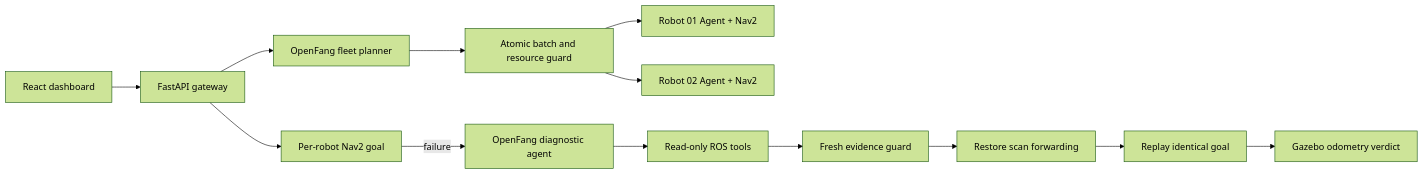
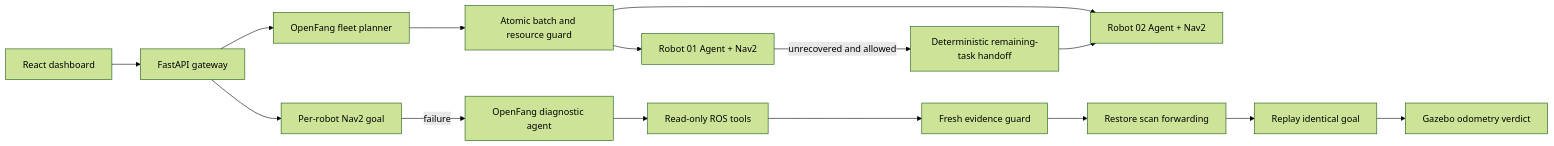
The diagram in README.md (SeeWhy-star/robot-debug-lab), drawn with Mermaid (forest theme) before and after one commit. The commit also changed other lines of this file and 11 other files, not shown here.

Commit message:
Add deterministic fleet task handoff

````diff
--- a/README.md
+++ b/README.md
@@ -62,15 +64,17 @@
 ```mermaid
 flowchart LR
   UI[React dashboard] --> API[FastAPI gateway]
   API --> Fleet[OpenFang fleet planner]
   Fleet --> Guard0[Atomic batch and resource guard]
   Guard0 --> R1[Robot 01 Agent + Nav2]
   Guard0 --> R2[Robot 02 Agent + Nav2]
+  R1 -->|unrecovered and allowed| Handoff[Deterministic remaining-task handoff]
+  Handoff --> R2
   API --> Nav2[Per-robot Nav2 goal]
   Nav2 -->|failure| Agent[OpenFang diagnostic agent]
   Agent --> Tools[Read-only ROS tools]
   Tools --> Guard[Fresh evidence guard]
   Guard --> Repair[Restore scan forwarding]
   Repair --> Replay[Replay identical goal]
   Replay --> Odom[Gazebo odometry verdict]
 ```
````
